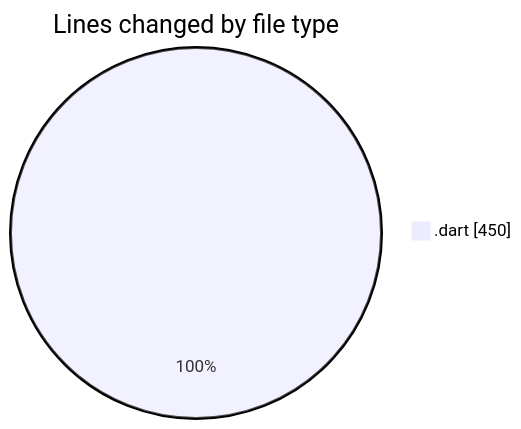
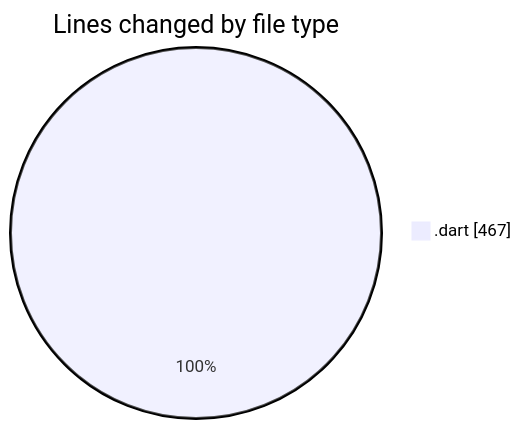
Before and after one commit to donsfak/code-tracking: the first of 2 diagrams in 2025-01-14/trackers_app/README.md, drawn with Mermaid. The commit also changed other lines of this file and 1 other file, not shown here.

````diff
--- a/2025-01-14/trackers_app/README.md
+++ b/2025-01-14/trackers_app/README.md
@@ -26,5 +26,5 @@
 ```mermaid
 pie showData
 title Lines changed by file type
-".dart" : 450
+".dart" : 467
 ```
````
